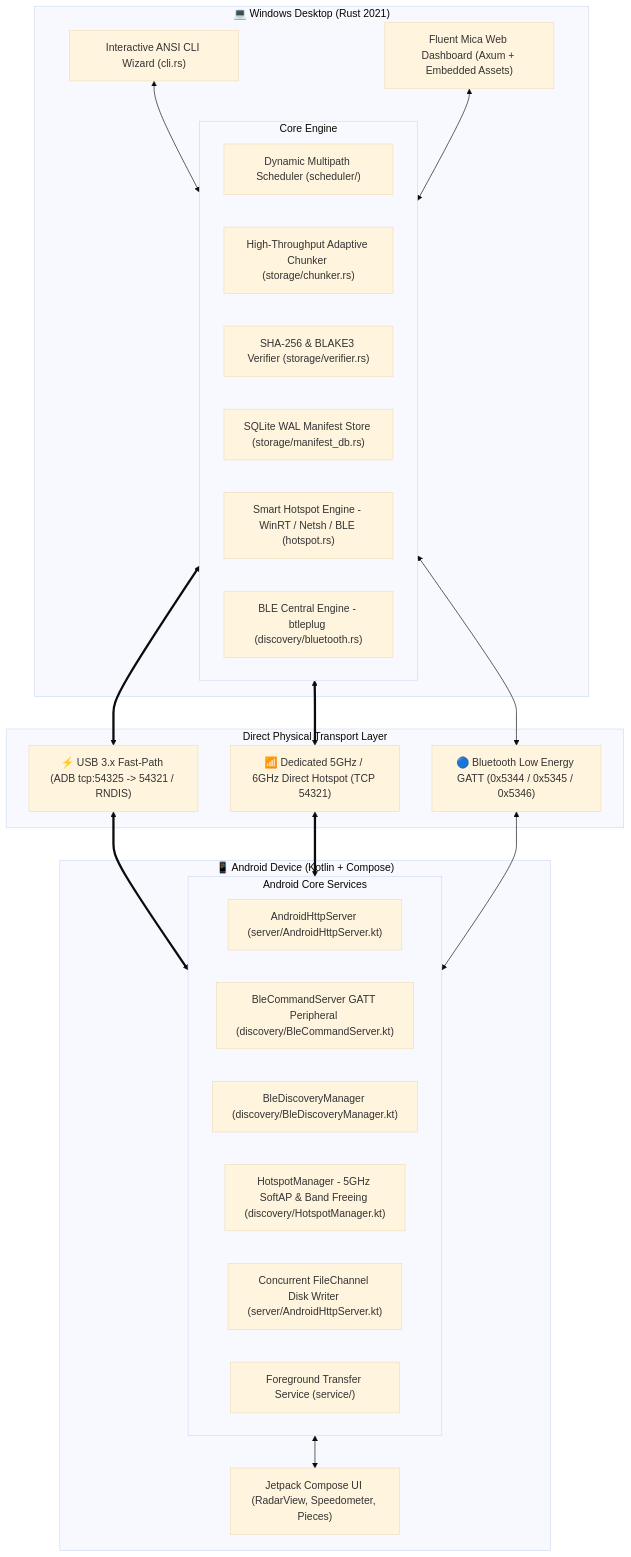
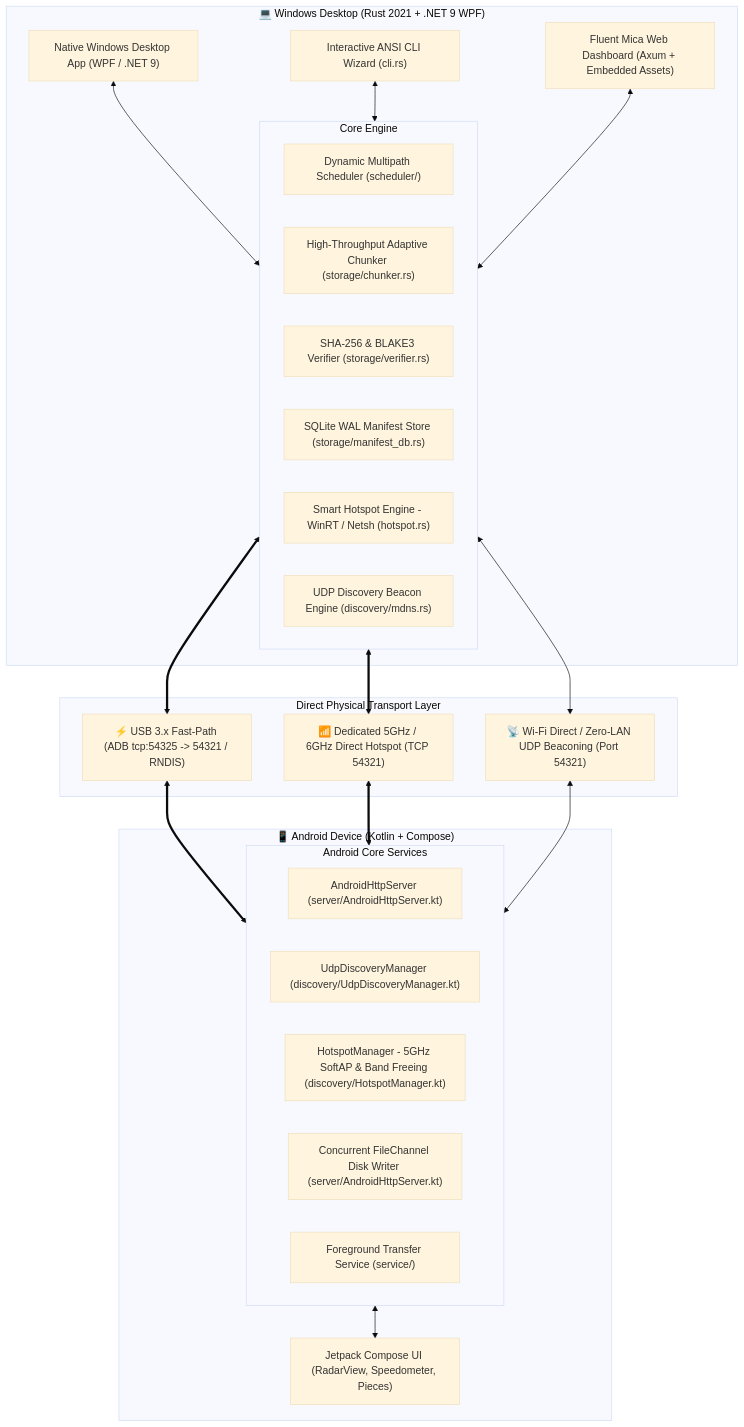
Before and after one commit to SamSunny4/ShareDash: the first of 3 diagrams in HOW_IT_WORKS.md, drawn with Mermaid (base theme). The commit also changed other lines of this file and 19 other files, not shown here.

Commit message:
docs: remove all Bluetooth/BLE references in favor of Wi-Fi Direct and USB Fast-Path

````diff
--- a/HOW_IT_WORKS.md
+++ b/HOW_IT_WORKS.md
@@ -84,48 +84,49 @@
 ```mermaid
 graph TB
-    subgraph WindowsPC ["💻 Windows Desktop (Rust 2021)"]
+    subgraph WindowsPC ["💻 Windows Desktop (Rust 2021 + .NET 9 WPF)"]
+        WinApp["Native Windows Desktop App (WPF / .NET 9)"]
         CLI["Interactive ANSI CLI Wizard (cli.rs)"]
         WebUI["Fluent Mica Web Dashboard (Axum + Embedded Assets)"]
         
         subgraph RustCore ["Core Engine"]
             Scheduler["Dynamic Multipath Scheduler (scheduler/)"]
             Chunker["High-Throughput Adaptive Chunker (storage/chunker.rs)"]
             Verifier["SHA-256 & BLAKE3 Verifier (storage/verifier.rs)"]
             ManifestDB["SQLite WAL Manifest Store (storage/manifest_db.rs)"]
-            HotspotMgr["Smart Hotspot Engine - WinRT / Netsh / BLE (hotspot.rs)"]
-            BleScanner["BLE Central Engine - btleplug (discovery/bluetooth.rs)"]
+            HotspotMgr["Smart Hotspot Engine - WinRT / Netsh (hotspot.rs)"]
+            UdpScanner["UDP Discovery Beacon Engine (discovery/mdns.rs)"]
         end
     end
 
     subgraph Channels ["Direct Physical Transport Layer"]
         USB_CH["⚡ USB 3.x Fast-Path (ADB tcp:54325 -> 54321 / RNDIS)"]
         WIFI_CH["📶 Dedicated 5GHz / 6GHz Direct Hotspot (TCP 54321)"]
-        BLE_CH["🔵 Bluetooth Low Energy GATT (0x5344 / 0x5345 / 0x5346)"]
+        P2P_CH["📡 Wi-Fi Direct / Zero-LAN UDP Beaconing (Port 54321)"]
     end
 
     subgraph AndroidDevice ["📱 Android Device (Kotlin + Compose)"]
         AndroidUI["Jetpack Compose UI (RadarView, Speedometer, Pieces)"]
         
         subgraph AndroidCore ["Android Core Services"]
             AndroidServer["AndroidHttpServer (server/AndroidHttpServer.kt)"]
-            BleCmdServer["BleCommandServer GATT Peripheral (discovery/BleCommandServer.kt)"]
-            BleAdvertiser["BleDiscoveryManager (discovery/BleDiscoveryManager.kt)"]
+            UdpDiscovery["UdpDiscoveryManager (discovery/UdpDiscoveryManager.kt)"]
             HotspotService["HotspotManager - 5GHz SoftAP & Band Freeing (discovery/HotspotManager.kt)"]
             StorageWriter["Concurrent FileChannel Disk Writer (server/AndroidHttpServer.kt)"]
             FGService["Foreground Transfer Service (service/)"]
         end
     end
 
+    WinApp <--> RustCore
     CLI <--> RustCore
     WebUI <--> RustCore
 
     RustCore <==> USB_CH
     RustCore <==> WIFI_CH
-    RustCore <--> BLE_CH
+    RustCore <--> P2P_CH
 
     USB_CH <==> AndroidCore
     WIFI_CH <==> AndroidCore
-    BLE_CH <--> AndroidCore
+    P2P_CH <--> AndroidCore
 
     AndroidCore <--> AndroidUI
 ```
````
